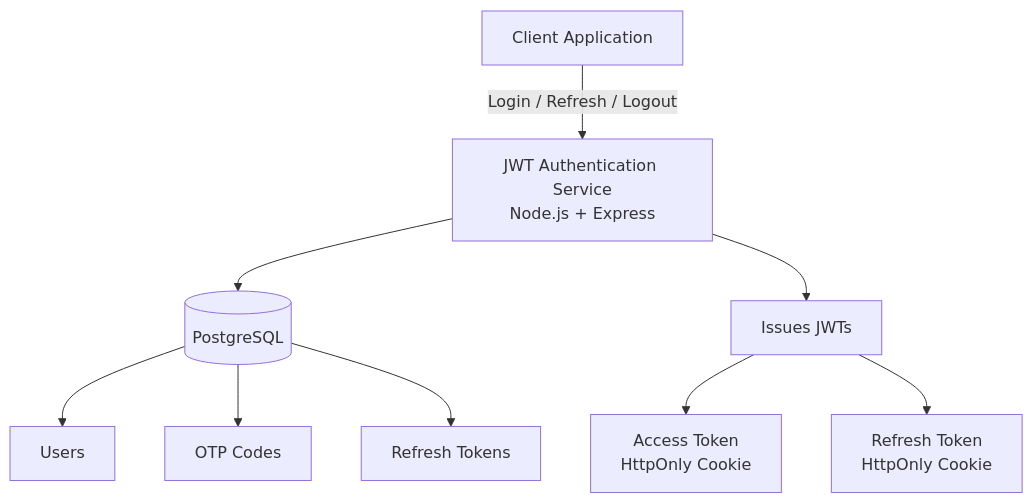
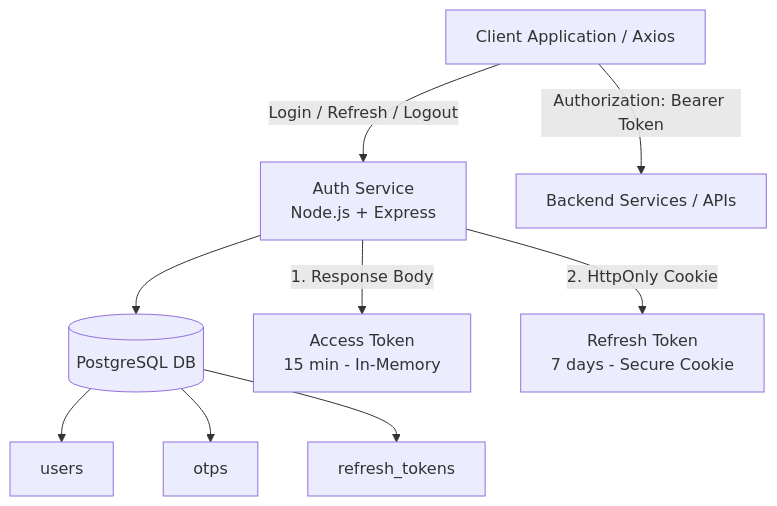
One commit to Sanjai0412/auth-service changed the diagram in README.md. Above: the diagram before and after it, drawn with Mermaid. The commit also changed other lines of this file and 1 other file, not shown here.

````diff
--- a/README.md
+++ b/README.md
@@ -7,14 +21,14 @@
 ```mermaid
 flowchart TD
-    A[Client Application] -->|Login / Refresh / Logout| B[JWT Authentication Service<br/>Node.js + Express]
+    Client[Client Application / Axios] -->|Login / Refresh / Logout| Auth[Auth Service<br/>Node.js + Express]
+    Auth --> DB[(PostgreSQL DB)]
+    
+    DB --> UsersTable[users]
+    DB --> OtpsTable[otps]
+    DB --> TokensTable[refresh_tokens]
 
-    B --> C[(PostgreSQL)]
-
-    C --> D[Users]
-    C --> E[OTP Codes]
-    C --> F[Refresh Tokens]
-
-    B --> G[Issues JWTs]
-    G --> H[Access Token<br/>HttpOnly Cookie]
-    G --> I[Refresh Token<br/>HttpOnly Cookie]
+    Auth -->|1. Response Body| AccessToken[Access Token<br/>15 min - In-Memory]
+    Auth -->|2. HttpOnly Cookie| RefreshToken[Refresh Token<br/>7 days - Secure Cookie]
+    
+    Client -->|Authorization: Bearer Token| Microservices[Backend Services / APIs]
 ```
````
